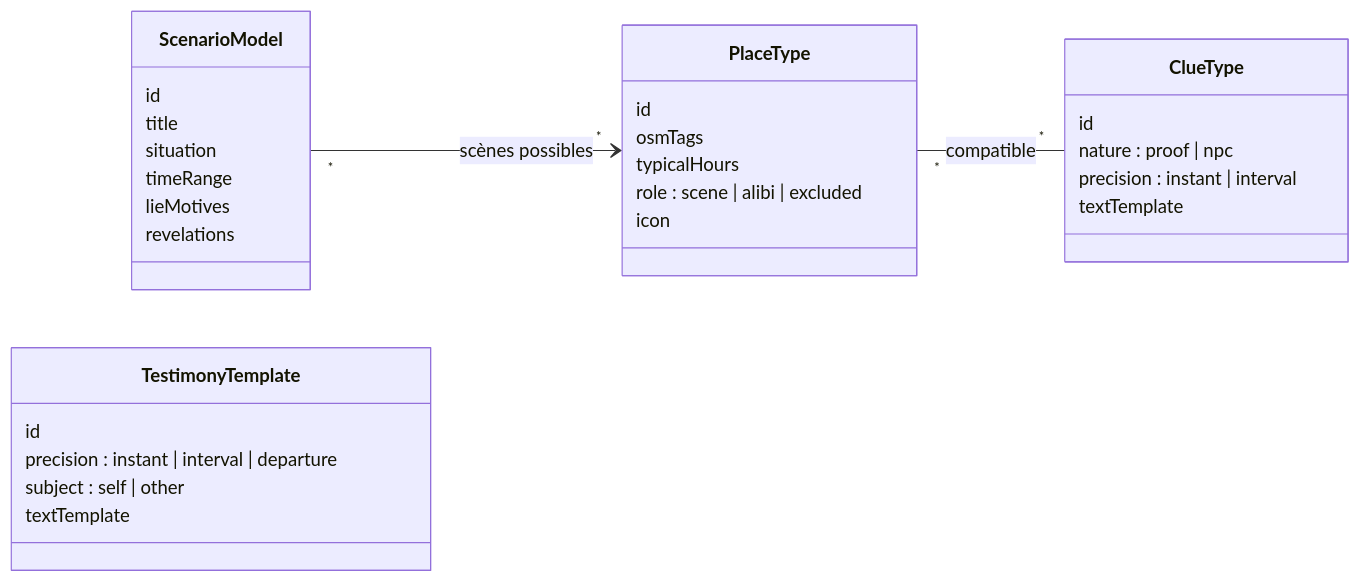
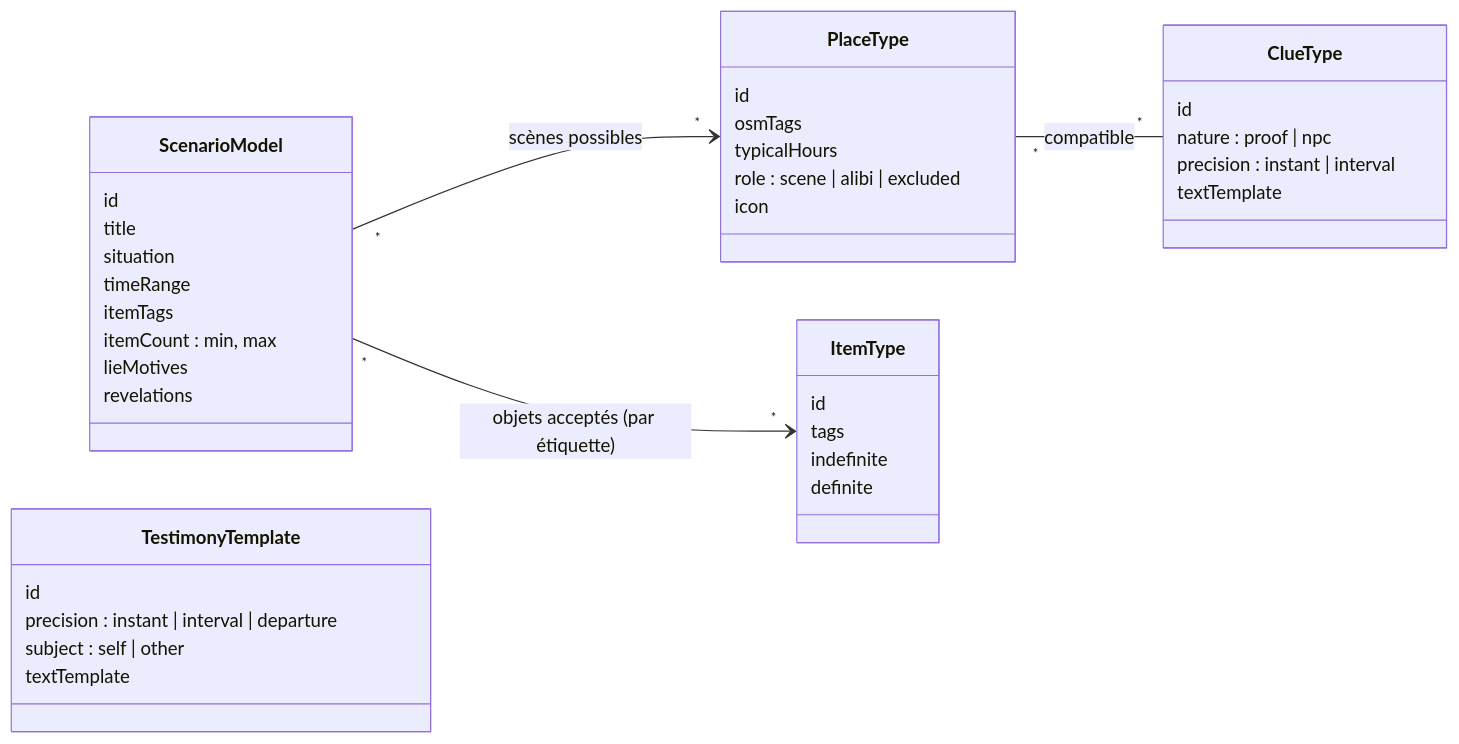
The first of 4 diagrams in docs/reference/DATA-MODEL.md (akartikus/pistouil), drawn with Mermaid before and after one commit. The commit also changed other lines of this file and 2 other files, not shown here.

````diff
--- a/docs/reference/DATA-MODEL.md
+++ b/docs/reference/DATA-MODEL.md
@@ -21,33 +21,42 @@
 ```mermaid
 classDiagram
   direction LR
   class PlaceType {
     id
     osmTags
     typicalHours
     role : scene | alibi | excluded
     icon
   }
   class ClueType {
     id
     nature : proof | npc
     precision : instant | interval
     textTemplate
   }
   class ScenarioModel {
     id
     title
     situation
     timeRange
+    itemTags
+    itemCount : min, max
     lieMotives
     revelations
+  }
+  class ItemType {
+    id
+    tags
+    indefinite
+    definite
   }
   class TestimonyTemplate {
     id
     precision : instant | interval | departure
     subject : self | other
     textTemplate
   }
   PlaceType "*" -- "*" ClueType : compatible
   ScenarioModel "*" --> "*" PlaceType : scènes possibles
+  ScenarioModel "*" --> "*" ItemType : objets acceptés (par étiquette)
 ```
````
